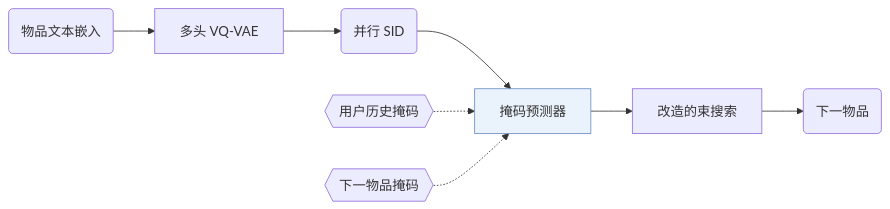
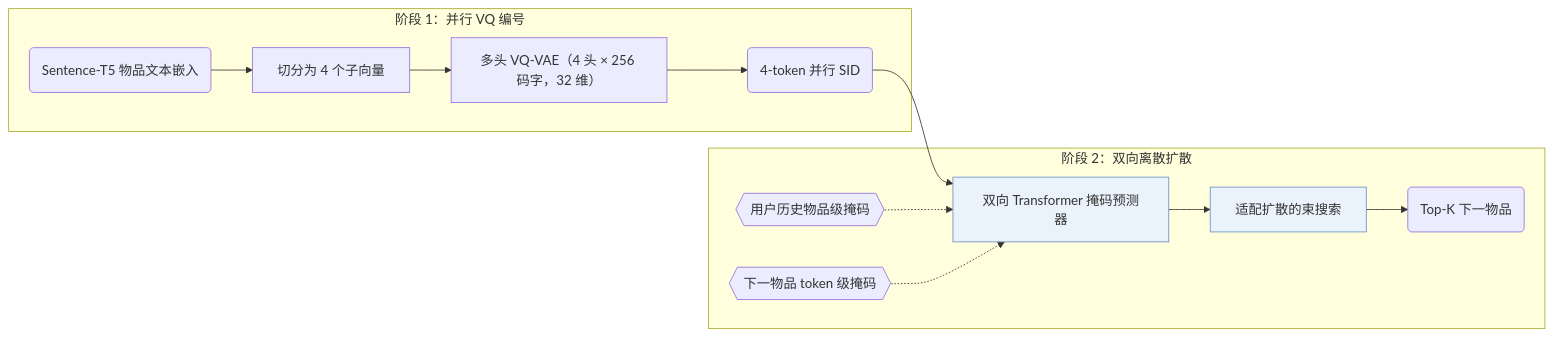
The first of 2 diagrams in notes/zh/llada-rec.md (Galaxy-ghost/Awesome-SID-Generative-Rec), drawn with Mermaid before and after one commit. The commit also changed other lines of this file and 649 other files, not shown here.

Commit message:
writer-05: also tags and modality index (schema, check, build, visuals); summary field removed; calibration data for 12 papers

````diff
--- a/notes/zh/llada-rec.md
+++ b/notes/zh/llada-rec.md
@@ -13,11 +14,16 @@
 ```mermaid
 flowchart LR
-    A("物品文本嵌入") --> B["多头 VQ-VAE"]
-    B --> C("并行 SID")
-    C --> D["掩码预测器"]:::key
-    L1{{"用户历史掩码"}} -.-> D
-    L2{{"下一物品掩码"}} -.-> D
-    D --> E["改造的束搜索"]
-    E --> F("下一物品")
+    subgraph TOK["阶段 1：并行 VQ 编号"]
+        A("Sentence-T5 物品文本嵌入") --> B["切分为 4 个子向量"]
+        B --> C["多头 VQ-VAE（4 头 × 256 码字，32 维）"]
+        C --> D("4-token 并行 SID")
+    end
+    subgraph DIFF["阶段 2：双向离散扩散"]
+        D --> E["双向 Transformer 掩码预测器"]:::key
+        L1{{"用户历史物品级掩码"}} -.-> E
+        L2{{"下一物品 token 级掩码"}} -.-> E
+        E --> F["适配扩散的束搜索"]:::key
+        F --> G("Top-K 下一物品")
+    end
     classDef key fill:#eaf2fb,stroke:#6b8fc7
 ```
````
